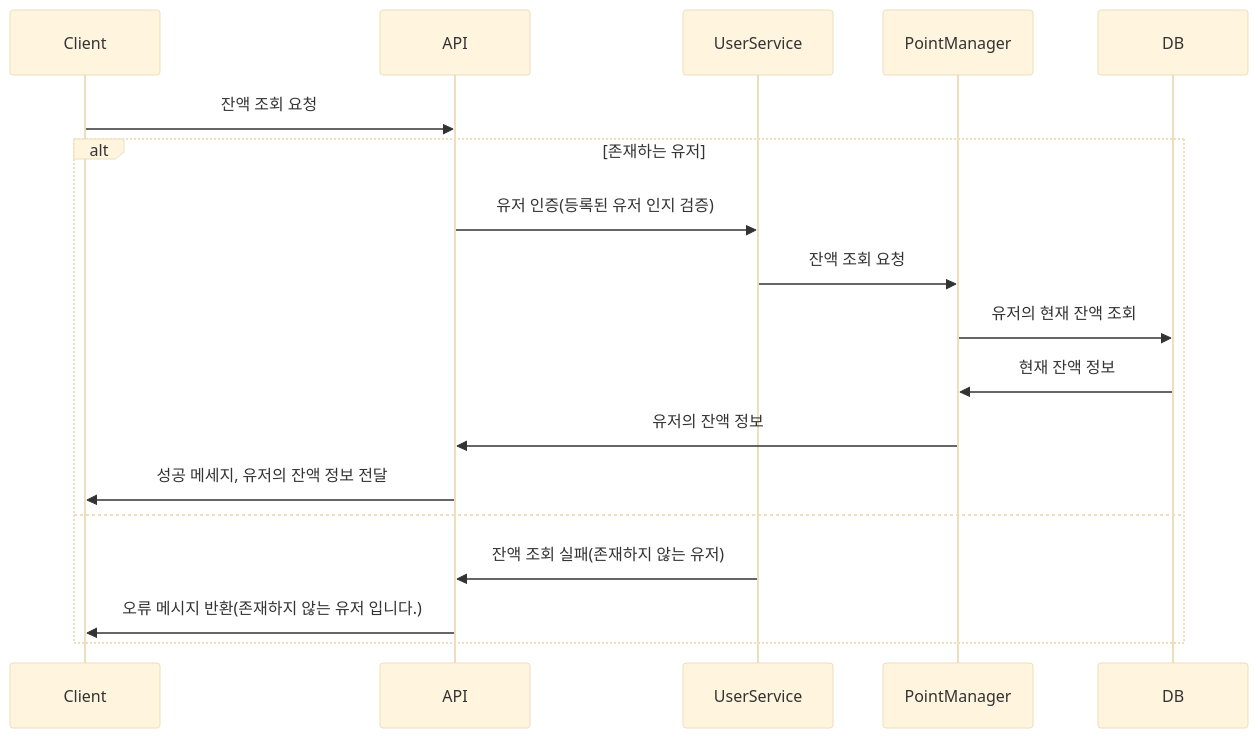
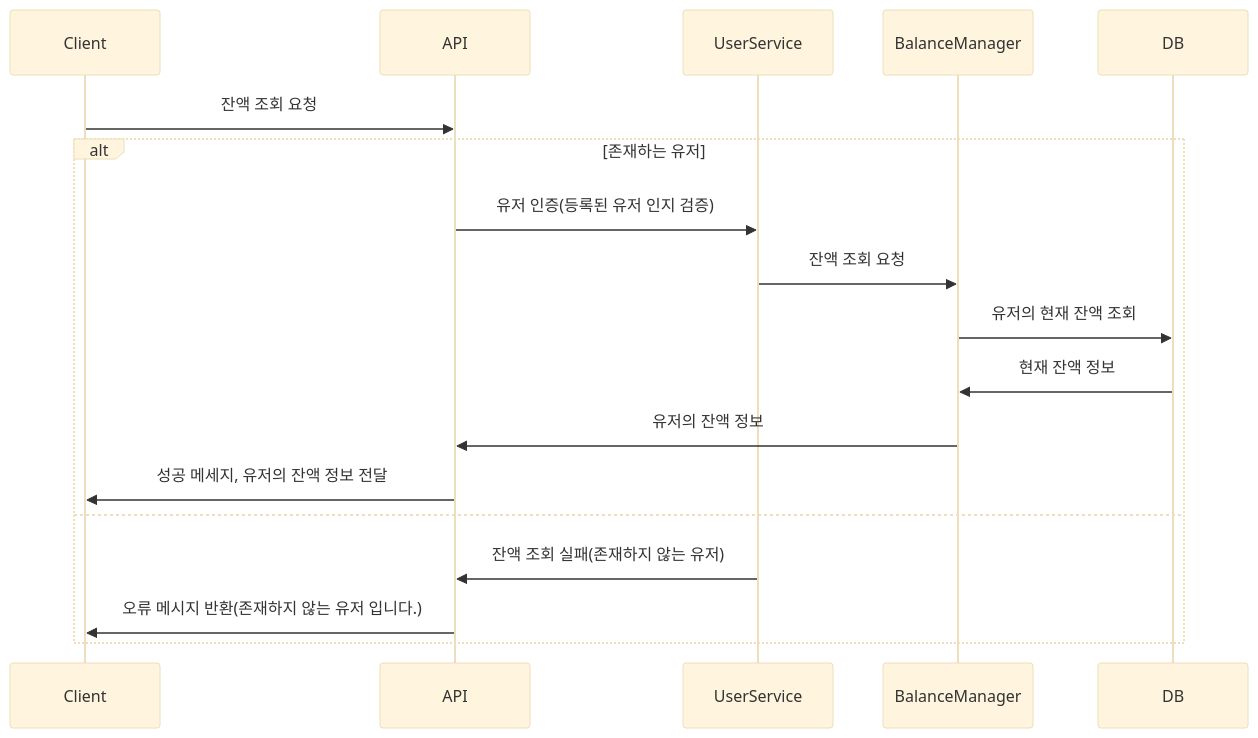
One commit to LeeJeongGi/hhplus-03-ecommerce changed the second of 7 diagrams in docs/EventSequence.md. Above: the diagram before and after it, drawn with Mermaid (base theme). The commit also changed other lines of this file and 2 other files, not shown here.

Commit message:
feat : ERD 작성 및 이벤트 시퀀스시 PointManager -> BalanceManger 이름 수정

````diff
--- a/docs/EventSequence.md
+++ b/docs/EventSequence.md
@@ -33,21 +33,21 @@
 ```mermaid
 sequenceDiagram
     participant Client
     participant API
     participant UserService
-    participant PointManager
+    participant BalanceManager
     participant DB
 
     Client ->> API:잔액 조회 요청
     alt 존재하는 유저
         API ->> UserService: 유저 인증(등록된 유저 인지 검증)
-        UserService ->> PointManager: 잔액 조회 요청
-        PointManager ->> DB: 유저의 현재 잔액 조회
-        DB ->> PointManager: 현재 잔액 정보
-        PointManager ->> API: 유저의 잔액 정보
+        UserService ->> BalanceManager: 잔액 조회 요청
+        BalanceManager ->> DB: 유저의 현재 잔액 조회
+        DB ->> BalanceManager: 현재 잔액 정보
+        BalanceManager ->> API: 유저의 잔액 정보
         API ->> Client: 성공 메세지, 유저의 잔액 정보 전달
     else
         UserService ->> API: 잔액 조회 실패(존재하지 않는 유저)
         API ->> Client: 오류 메시지 반환(존재하지 않는 유저 입니다.)
     end
 ```
````
